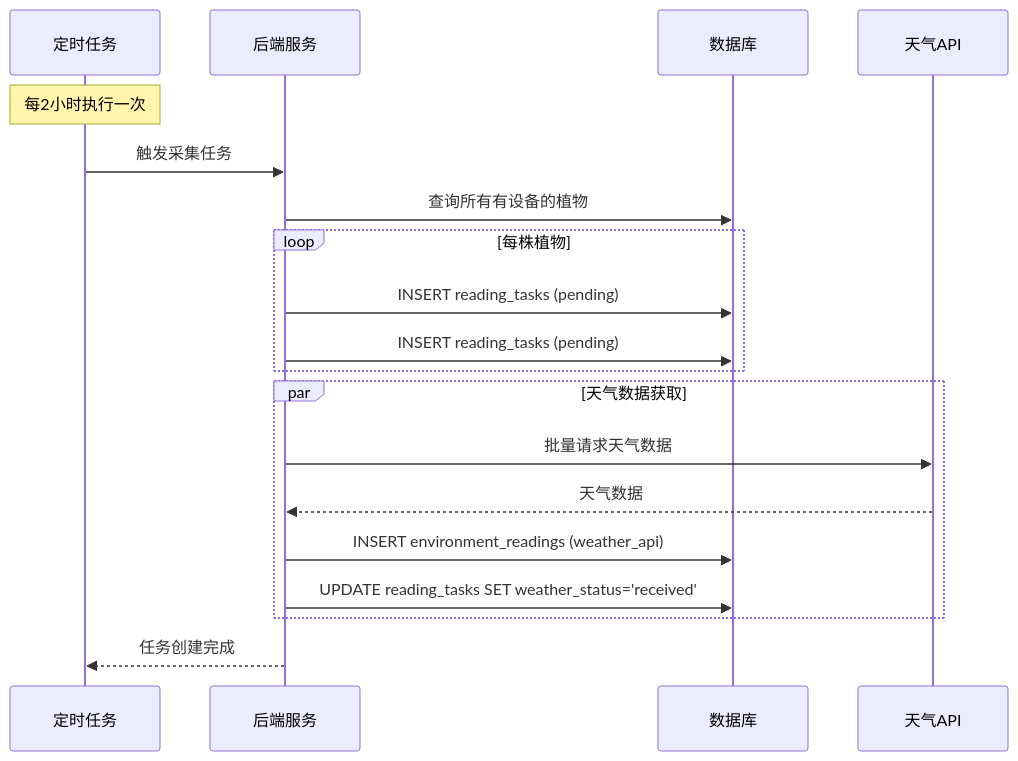
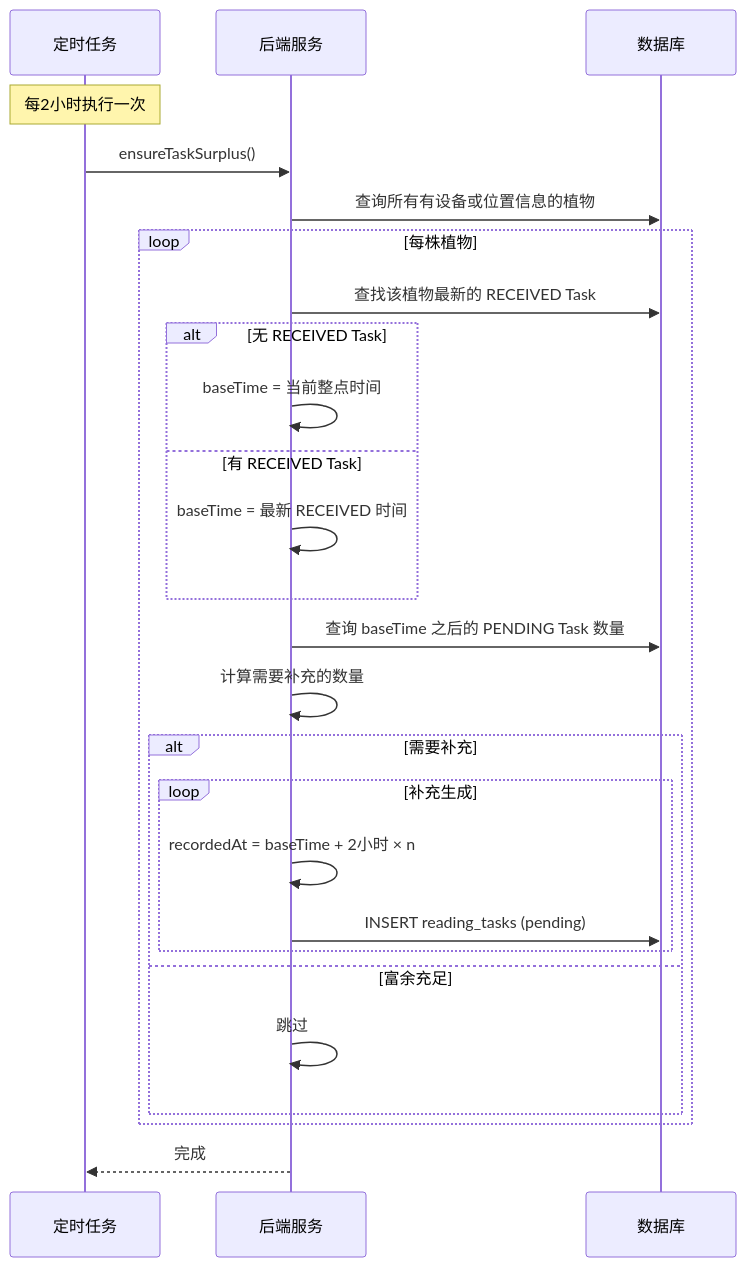
One commit to ShatterDusk/smart-garden-mvp changed the first of 7 diagrams in docs/05-process/04-环境数据流程.md. Above: the diagram before and after it, drawn with Mermaid. The commit also changed other lines of this file and 5 other files, not shown here.

````diff
--- a/docs/05-process/04-环境数据流程.md
+++ b/docs/05-process/04-环境数据流程.md
@@ -32,26 +44,35 @@
 ```mermaid
 sequenceDiagram
     participant Job as 定时任务
     participant Backend as 后端服务
     participant DB as 数据库
-    participant Weather as 天气API
 
     Note over Job: 每2小时执行一次
     
-    Job->>Backend: 触发采集任务
-    Backend->>DB: 查询所有有设备的植物
+    Job->>Backend: ensureTaskSurplus()
+    Backend->>DB: 查询所有有设备或位置信息的植物
     
     loop 每株植物
-        Backend->>DB: INSERT reading_tasks (pending)
-        Backend->>DB: INSERT reading_tasks (pending)
+        Backend->>DB: 查找该植物最新的 RECEIVED Task
+        
+        alt 无 RECEIVED Task
+            Backend->>Backend: baseTime = 当前整点时间
+        else 有 RECEIVED Task
+            Backend->>Backend: baseTime = 最新 RECEIVED 时间
+        end
+        
+        Backend->>DB: 查询 baseTime 之后的 PENDING Task 数量
+        Backend->>Backend: 计算需要补充的数量
+        
+        alt 需要补充
+            loop 补充生成
+                Backend->>Backend: recordedAt = baseTime + 2小时 × n
+                Backend->>DB: INSERT reading_tasks (pending)
+            end
+        else 富余充足
+            Backend->>Backend: 跳过
+        end
     end
     
-    par 天气数据获取
-        Backend->>Weather: 批量请求天气数据
-        Weather-->>Backend: 天气数据
-        Backend->>DB: INSERT environment_readings (weather_api)
-        Backend->>DB: UPDATE reading_tasks SET weather_status='received'
-    end
-    
-    Backend-->>Job: 任务创建完成
+    Backend-->>Job: 完成
 ```
````
